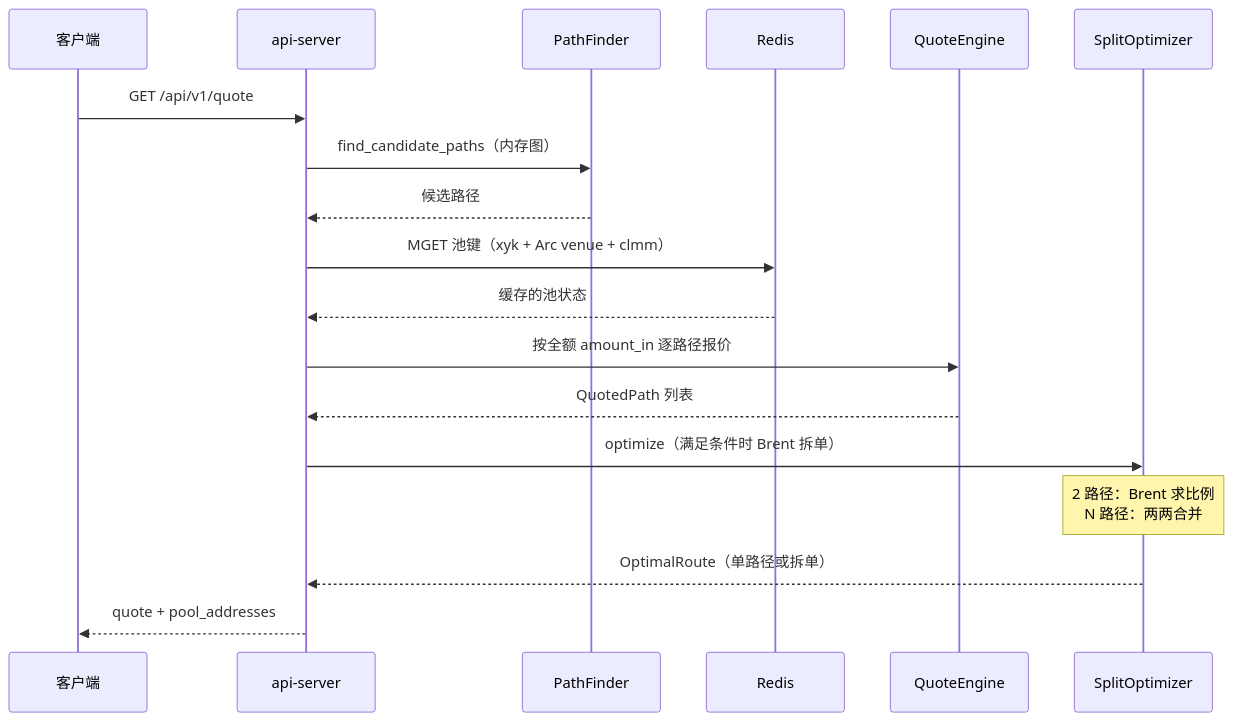
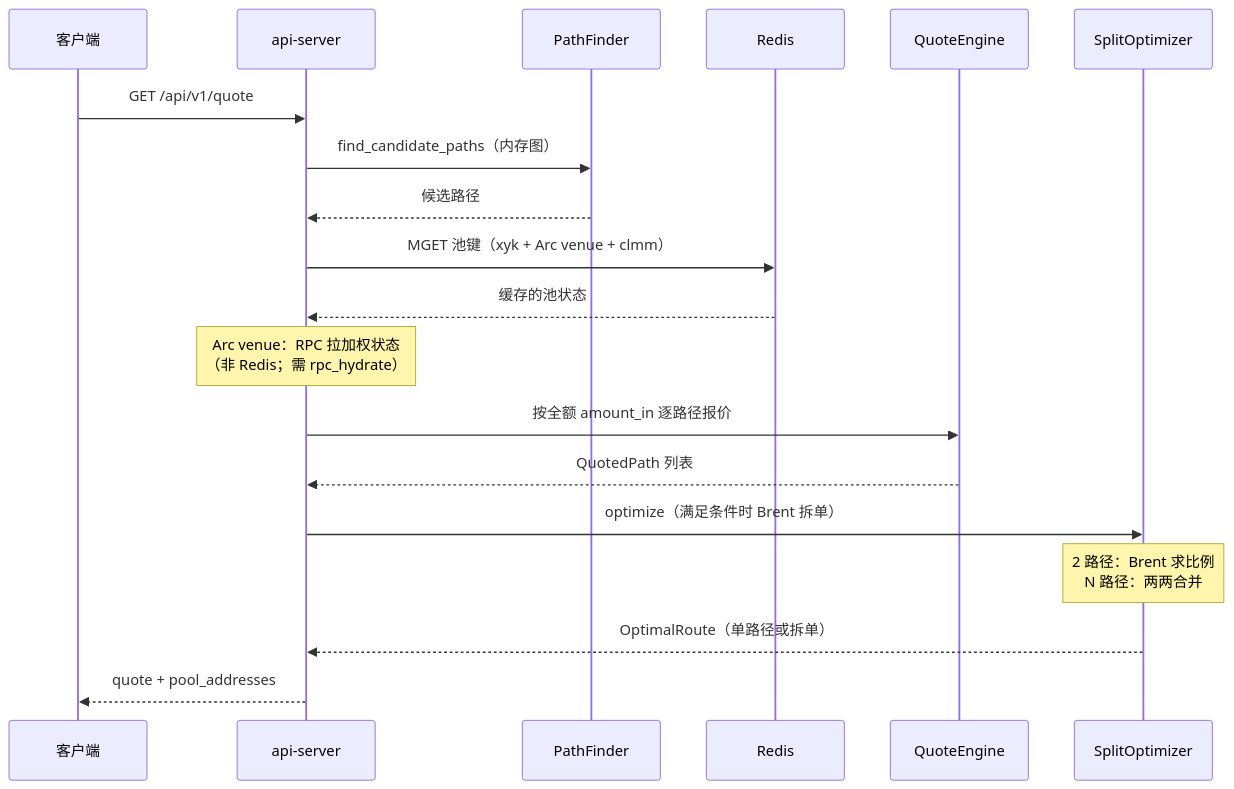
One commit to mangekyou-labs/chakra changed the third of 3 diagrams in README.zh-CN.md. Above: the diagram before and after it, drawn with Mermaid. The commit also changed other lines of this file and 1 other file, not shown here.

````diff
--- a/README.zh-CN.md
+++ b/README.zh-CN.md
@@ -124,21 +124,22 @@
 ```mermaid
 sequenceDiagram
   participant C as 客户端
   participant API as api-server
   participant PF as PathFinder
   participant R as Redis
   participant QE as QuoteEngine
   participant SO as SplitOptimizer
 
   C->>API: GET /api/v1/quote
   API->>PF: find_candidate_paths（内存图）
   PF-->>API: 候选路径
   API->>R: MGET 池键（xyk + Arc venue + clmm）
   R-->>API: 缓存的池状态
+  Note over API: Arc venue：RPC 拉加权状态<br/>（非 Redis；需 rpc_hydrate）
   API->>QE: 按全额 amount_in 逐路径报价
   QE-->>API: QuotedPath 列表
   API->>SO: optimize（满足条件时 Brent 拆单）
   Note over SO: 2 路径：Brent 求比例<br/>N 路径：两两合并
   SO-->>API: OptimalRoute（单路径或拆单）
   API-->>C: quote + pool_addresses
 ```
````
